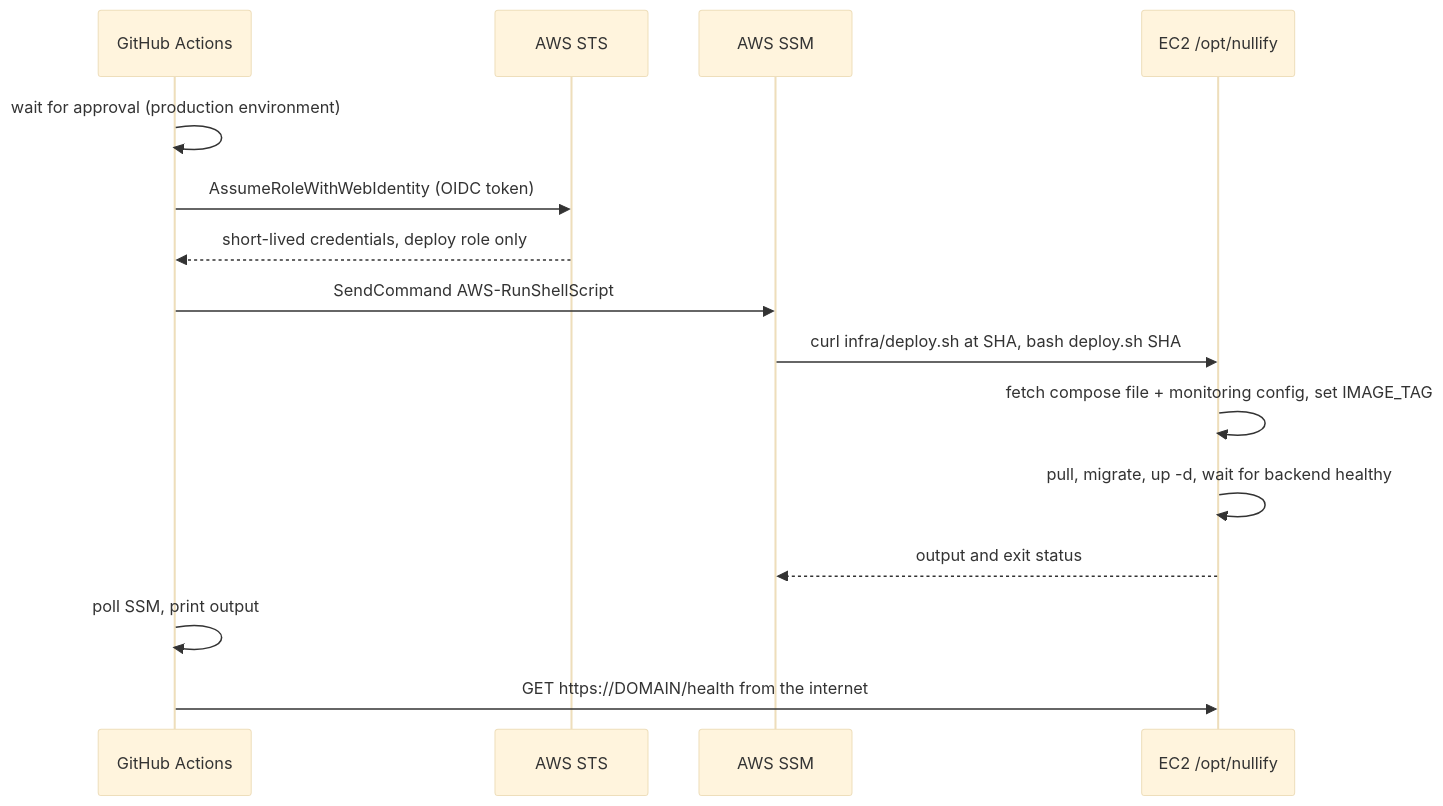
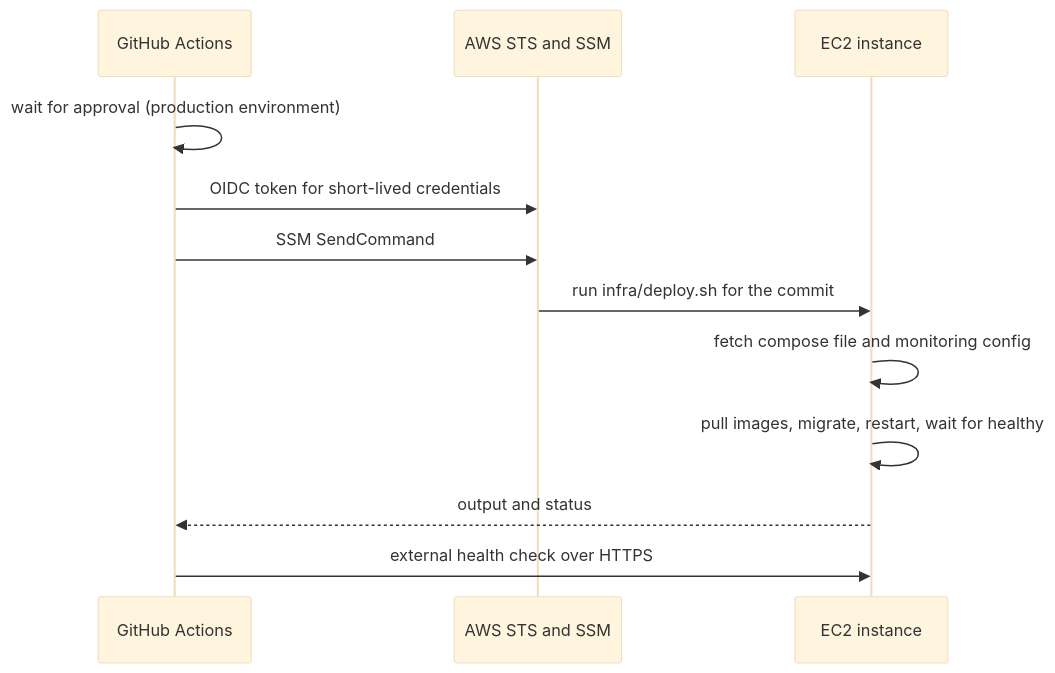
One commit to Aswin-Shine/Nullify-Incident-Management-System changed the third of 3 diagrams in README.md. Above: the diagram before and after it, drawn with Mermaid (base theme). The commit also changed other lines of this file, not shown here.

````diff
--- a/README.md
+++ b/README.md
@@ -134,17 +402,14 @@
 ```mermaid
 sequenceDiagram
     participant GH as GitHub Actions
-    participant STS as AWS STS
-    participant SSM as AWS SSM
-    participant EC2 as EC2 /opt/nullify
+    participant AWS as AWS STS and SSM
+    participant EC2 as EC2 instance
     GH->>GH: wait for approval (production environment)
-    GH->>STS: AssumeRoleWithWebIdentity (OIDC token)
-    STS-->>GH: short-lived credentials, deploy role only
-    GH->>SSM: SendCommand AWS-RunShellScript
-    SSM->>EC2: curl infra/deploy.sh at SHA, bash deploy.sh SHA
-    EC2->>EC2: fetch compose file + monitoring config, set IMAGE_TAG
-    EC2->>EC2: pull, migrate, up -d, wait for backend healthy
-    EC2-->>SSM: output and exit status
-    GH->>GH: poll SSM, print output
-    GH->>EC2: GET https://DOMAIN/health from the internet
+    GH->>AWS: OIDC token for short-lived credentials
+    GH->>AWS: SSM SendCommand
+    AWS->>EC2: run infra/deploy.sh for the commit
+    EC2->>EC2: fetch compose file and monitoring config
+    EC2->>EC2: pull images, migrate, restart, wait for healthy
+    EC2-->>GH: output and status
+    GH->>EC2: external health check over HTTPS
 ```
````
